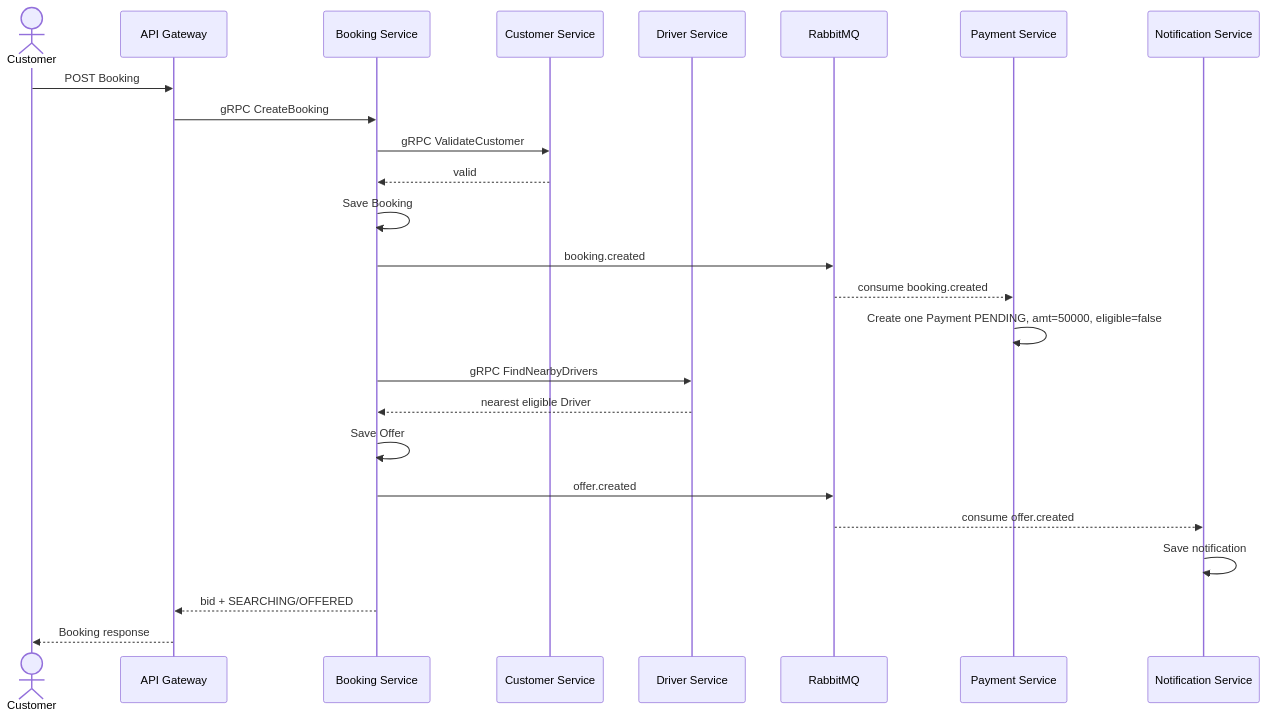
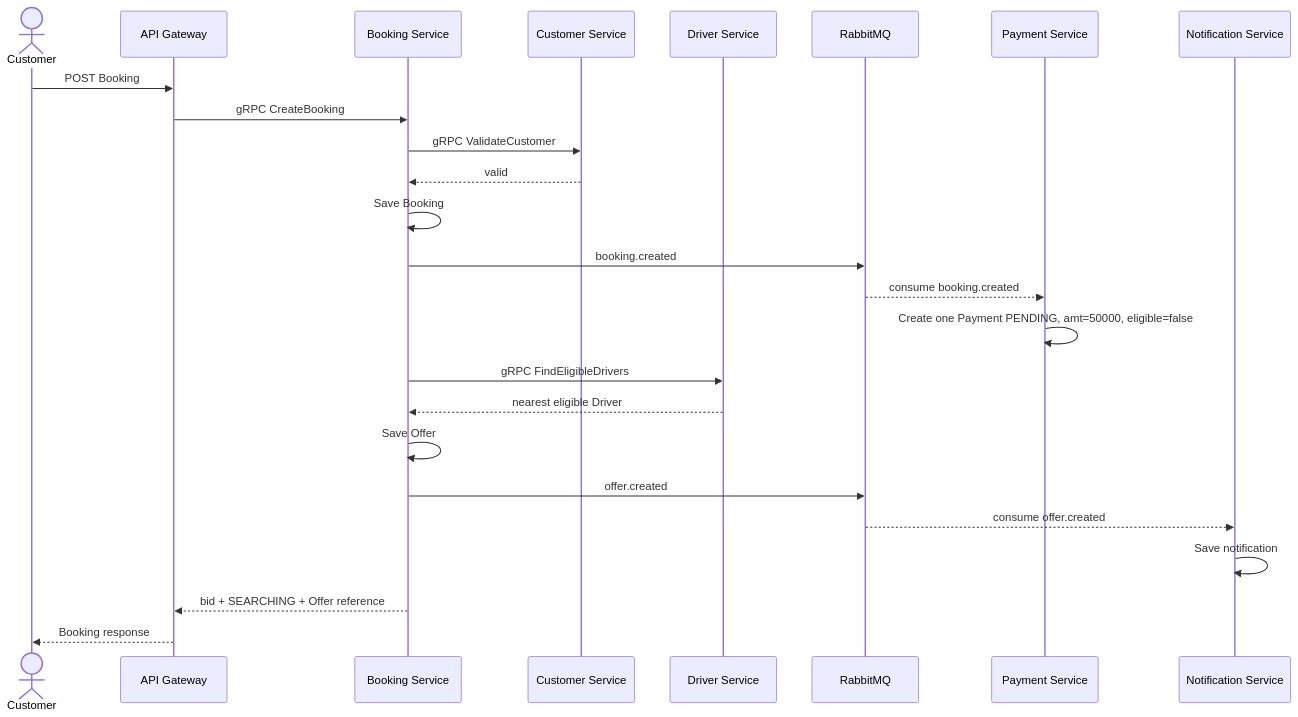
Before and after one commit to kanztran2605/23646731_TranQuocKhang_Cabsystem: the eighth of 21 diagrams in docs/requirements/SRS.md, drawn with Mermaid. The commit also changed other lines of this file and 187 other files, not shown here.

Commit message:
feat: complete CAB microservice architecture MVP

````diff
--- a/docs/requirements/SRS.md
+++ b/docs/requirements/SRS.md
@@ -541,28 +541,28 @@
 ```mermaid
 sequenceDiagram
     actor C as Customer
     participant G as API Gateway
     participant B as Booking Service
     participant CU as Customer Service
     participant D as Driver Service
     participant MQ as RabbitMQ
     participant P as Payment Service
     participant N as Notification Service
 
     C->>G: POST Booking
     G->>B: gRPC CreateBooking
     B->>CU: gRPC ValidateCustomer
     CU-->>B: valid
     B->>B: Save Booking
     B->>MQ: booking.created
     MQ-->>P: consume booking.created
     P->>P: Create one Payment PENDING, amt=50000, eligible=false
-    B->>D: gRPC FindNearbyDrivers
+    B->>D: gRPC FindEligibleDrivers
     D-->>B: nearest eligible Driver
     B->>B: Save Offer
     B->>MQ: offer.created
     MQ-->>N: consume offer.created
     N->>N: Save notification
-    B-->>G: bid + SEARCHING/OFFERED
+    B-->>G: bid + SEARCHING + Offer reference
     G-->>C: Booking response
 ```
````
